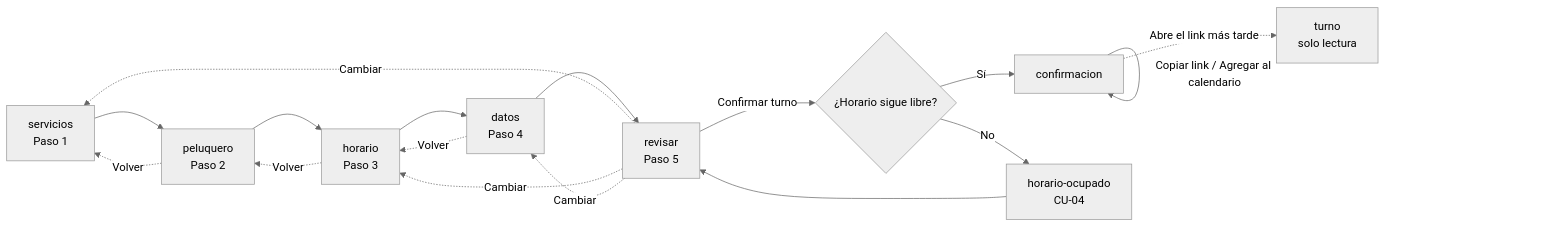
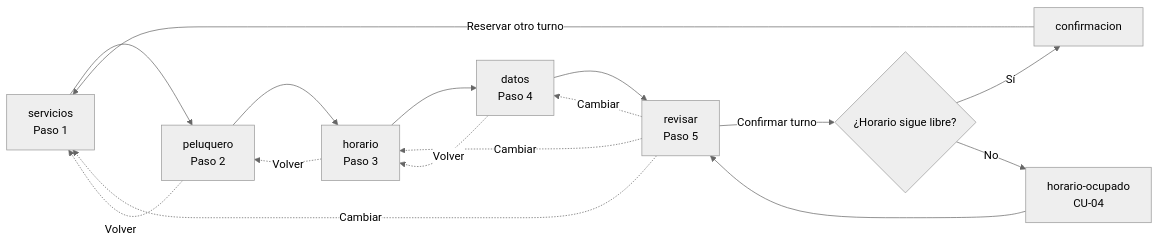
One commit to gm2dev/coop-agents-design changed the first of 16 diagrams in initiatives/turnos-peluqueria-mvp/flows.md. Above: the diagram before and after it, drawn with Mermaid (neutral theme). The commit also changed other lines of this file and 102 other files, not shown here.

Commit message:
feat(turnos-peluqueria-mvp): quitar link privado, cambiar/cancelar del cliente y calendario; aviso de contacto por WhatsApp (D-33 a D-36, DD-37, DD-38; v0.7)

````diff
--- a/initiatives/turnos-peluqueria-mvp/flows.md
+++ b/initiatives/turnos-peluqueria-mvp/flows.md
@@ -12,14 +12,13 @@
 ```mermaid
 flowchart LR
   A[servicios<br/>Paso 1] --> B[peluquero<br/>Paso 2] --> C[horario<br/>Paso 3] --> D[datos<br/>Paso 4] --> E[revisar<br/>Paso 5]
   E -->|Confirmar turno| F{¿Horario sigue libre?}
   F -->|Sí| G[confirmacion]
   F -->|No| C2[horario-ocupado<br/>CU-04]
   C2 --> E
-  G -->|Copiar link / Agregar al calendario| G
-  G -.->|Abre el link más tarde| H[turno<br/>solo lectura]
+  G -->|Reservar otro turno| A
   E -.->|Cambiar| A & C & D
   B -.->|Volver| A
   C -.->|Volver| B
   D -.->|Volver| C
 ```
````
